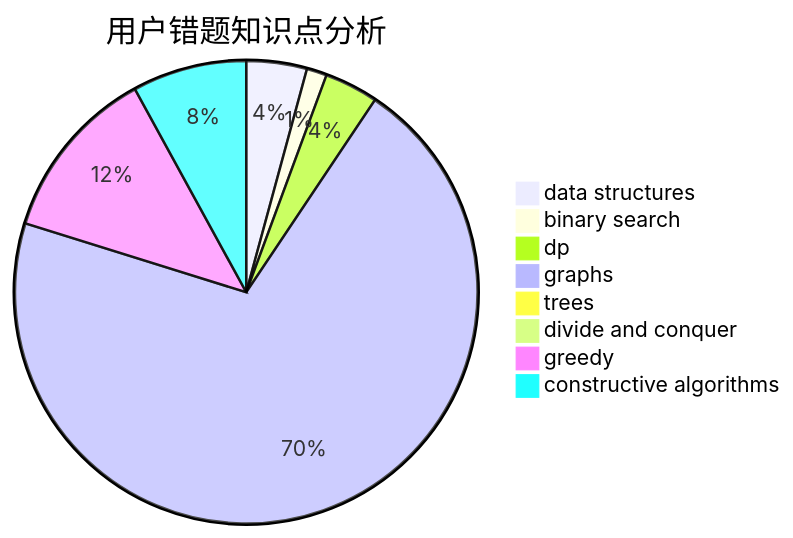
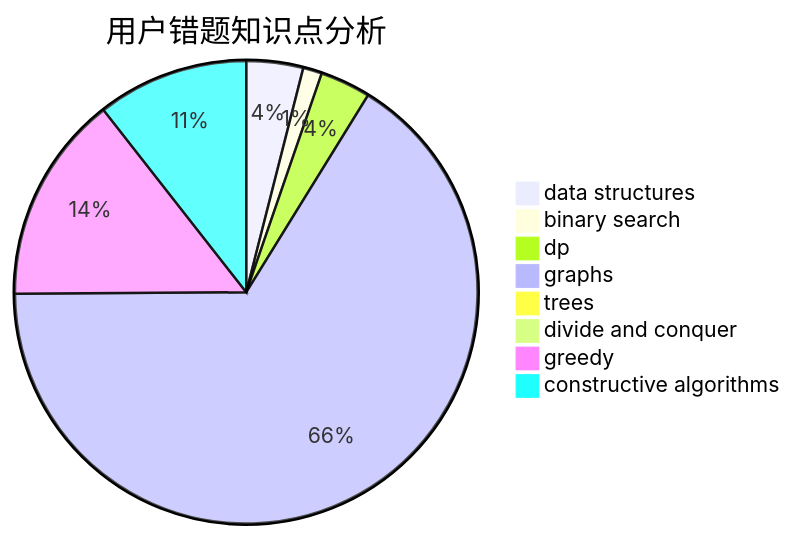
The third of 3 diagrams in docs/user/u1984.md (sherpahu/cfrs.github.io), drawn with Mermaid before and after one commit. The commit also changed other lines of this file and 2770 other files, not shown here.

````diff
--- a/docs/user/u1984.md
+++ b/docs/user/u1984.md
@@ -36,11 +36,11 @@
 ```mermaid
 pie title 用户错题知识点分析
     "data structures" :  18
     "binary search" :  6
     "dp" :  16
     "graphs" :  300
     "trees" :  2
     "divide and conquer" :  0
-    "greedy" :  52
-    "constructive algorithms" :  34
+    "greedy" :  66
+    "constructive algorithms" :  48
 ```
````
